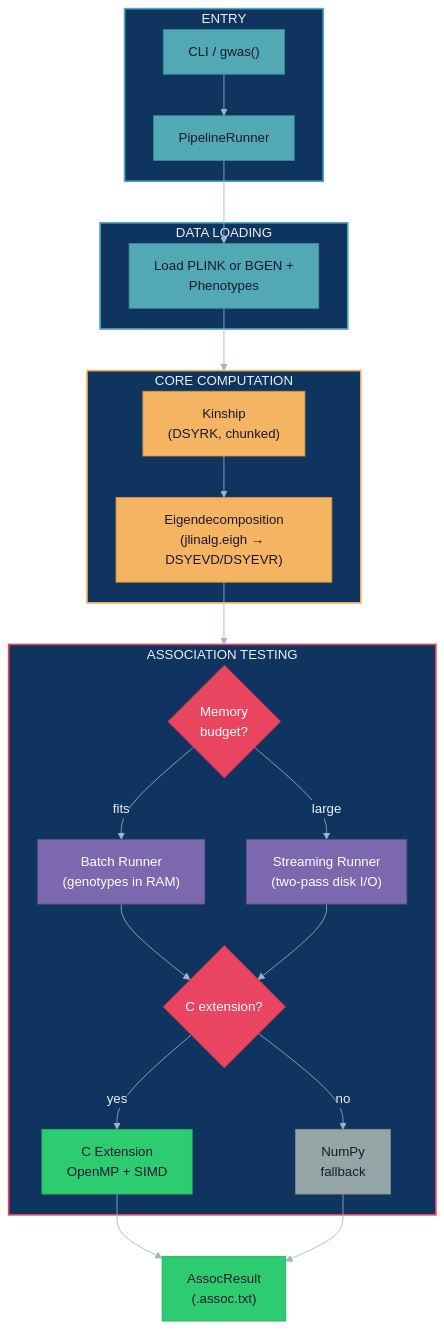
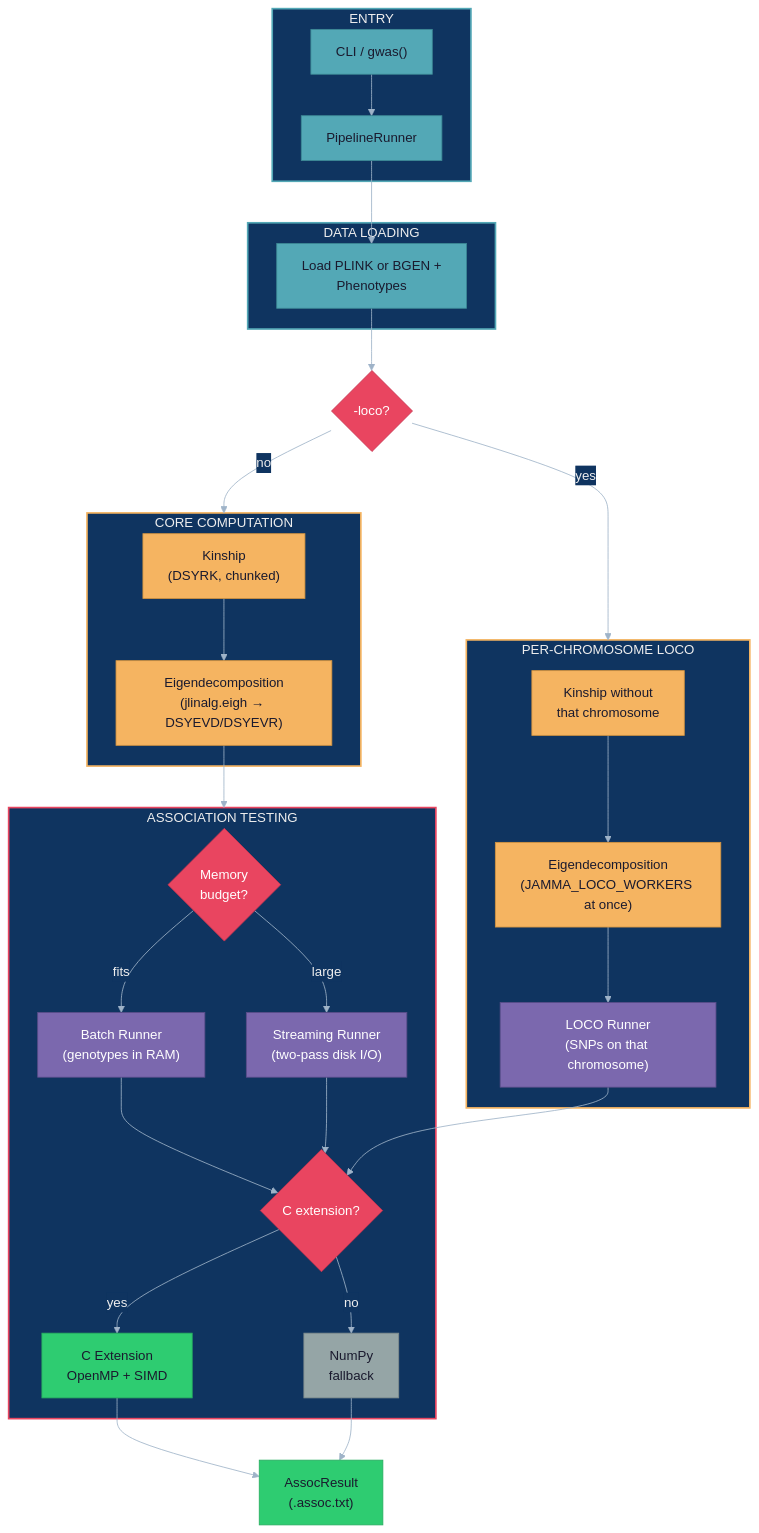
The diagram in README.md (michael-denyer/jamma), drawn with Mermaid before and after one commit. The commit also changed 3 other files, not shown here.

First line of the commit message:
Show the LOCO path in the architecture diagram (#501)

```diff
--- a/README.md
+++ b/README.md
@@ -281,6 +281,15 @@
         KIN --> EIG
     end
 
+    LOCOQ{"-loco?"}
+
+    subgraph LOCO["PER-CHROMOSOME LOCO"]
+        LKIN["Kinship without<br/>that chromosome"]
+        LEIG["Eigendecomposition<br/>(JAMMA_LOCO_WORKERS at once)"]
+        LRUN["LOCO Runner<br/>(SNPs on that chromosome)"]
+        LKIN --> LEIG --> LRUN
+    end
+
     subgraph ASSOC["ASSOCIATION TESTING"]
         MEM{"Memory<br/>budget?"}
         NP["Batch Runner<br/>(genotypes in RAM)"]
@@ -298,8 +307,11 @@
 
     RES["AssocResult<br/>(.assoc.txt)"]
 
-    PIPE --> LOAD --> CORE
+    PIPE --> LOAD --> LOCOQ
+    LOCOQ -->|no| CORE
+    LOCOQ -->|yes| LOCO
     EIG --> ASSOC
+    LRUN --> CEXT
     C --> RES
     PY --> RES
 
@@ -307,6 +319,7 @@
     style IO fill:#0f3460,stroke:#53a8b6,color:#eee,stroke-width:2px
     style CORE fill:#0f3460,stroke:#f5b461,color:#eee,stroke-width:2px
     style ASSOC fill:#0f3460,stroke:#e94560,color:#eee,stroke-width:2px
+    style LOCO fill:#0f3460,stroke:#f5b461,color:#eee,stroke-width:2px
 
     style CLI fill:#53a8b6,stroke:#3d8a96,color:#1a1a2e
     style PIPE fill:#53a8b6,stroke:#3d8a96,color:#1a1a2e
@@ -314,6 +327,11 @@
 
     style KIN fill:#f5b461,stroke:#d4943f,color:#1a1a2e
     style EIG fill:#f5b461,stroke:#d4943f,color:#1a1a2e
+
+    style LOCOQ fill:#e94560,stroke:#c73550,color:#fff
+    style LKIN fill:#f5b461,stroke:#d4943f,color:#1a1a2e
+    style LEIG fill:#f5b461,stroke:#d4943f,color:#1a1a2e
+    style LRUN fill:#7b68ae,stroke:#5a4d8a,color:#fff
 
     style MEM fill:#e94560,stroke:#c73550,color:#fff
     style NP fill:#7b68ae,stroke:#5a4d8a,color:#fff
```
